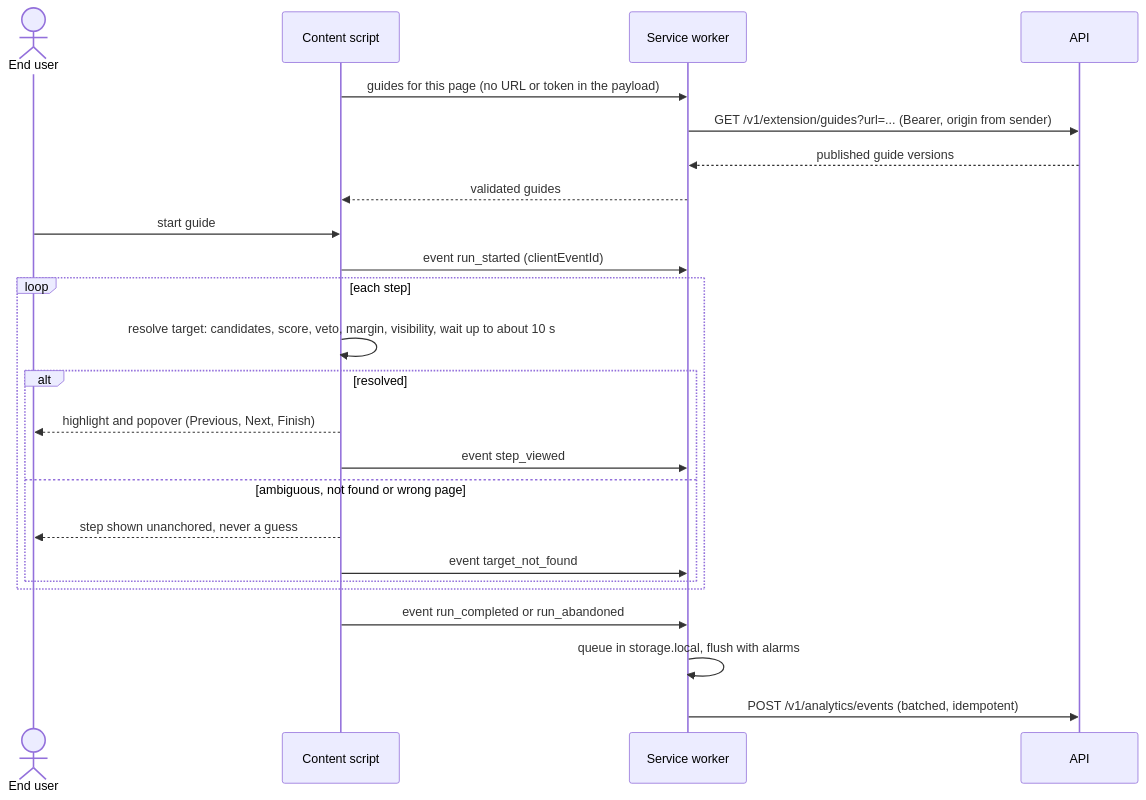
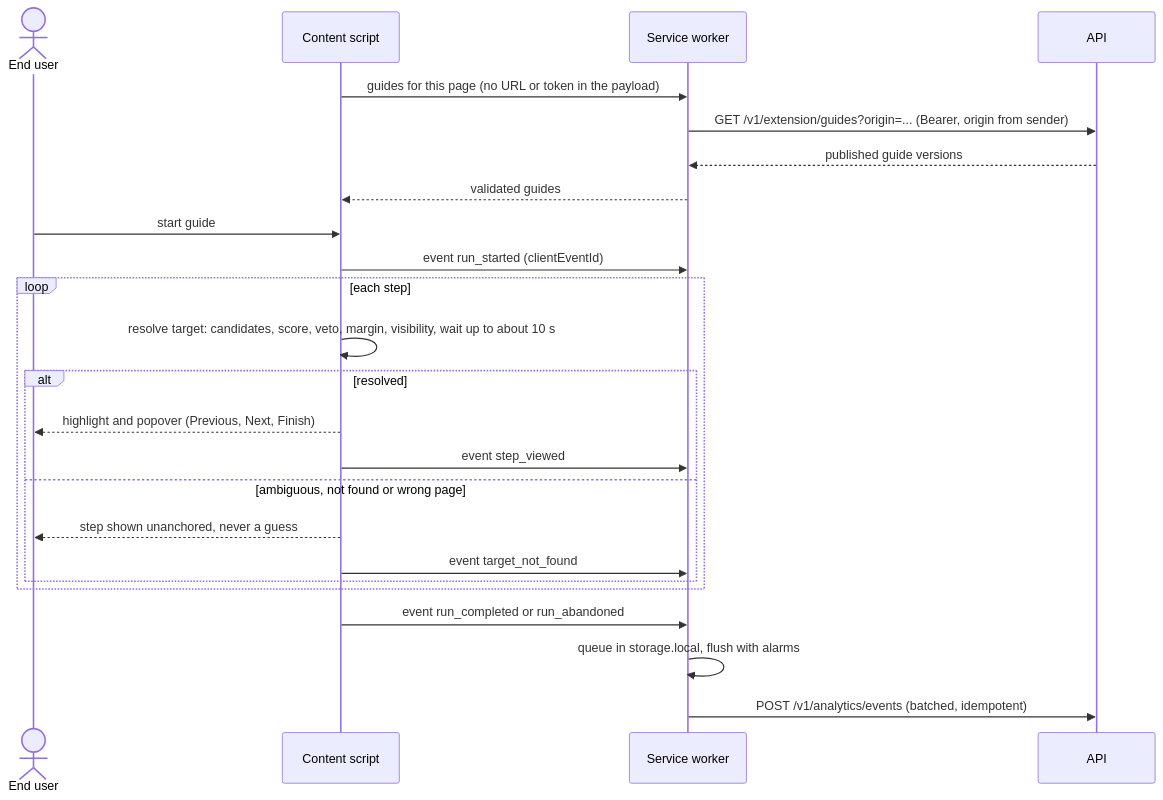
Before and after one commit to JJMonzon072/contextlayer: the eighth of 9 diagrams in docs/architecture.md, drawn with Mermaid. The commit also changed other lines of this file and 13 other files, not shown here.

````diff
--- a/docs/architecture.md
+++ b/docs/architecture.md
@@ -355,26 +355,26 @@
 ```mermaid
 sequenceDiagram
   actor U as End user
   participant CS as Content script
   participant SW as Service worker
   participant A as API
   CS->>SW: guides for this page (no URL or token in the payload)
-  SW->>A: GET /v1/extension/guides?url=... (Bearer, origin from sender)
+  SW->>A: GET /v1/extension/guides?origin=... (Bearer, origin from sender)
   A-->>SW: published guide versions
   SW-->>CS: validated guides
   U->>CS: start guide
   CS->>SW: event run_started (clientEventId)
   loop each step
     CS->>CS: resolve target: candidates, score, veto, margin, visibility, wait up to about 10 s
     alt resolved
       CS-->>U: highlight and popover (Previous, Next, Finish)
       CS->>SW: event step_viewed
     else ambiguous, not found or wrong page
       CS-->>U: step shown unanchored, never a guess
       CS->>SW: event target_not_found
     end
   end
   CS->>SW: event run_completed or run_abandoned
   SW->>SW: queue in storage.local, flush with alarms
   SW->>A: POST /v1/analytics/events (batched, idempotent)
 ```
````
